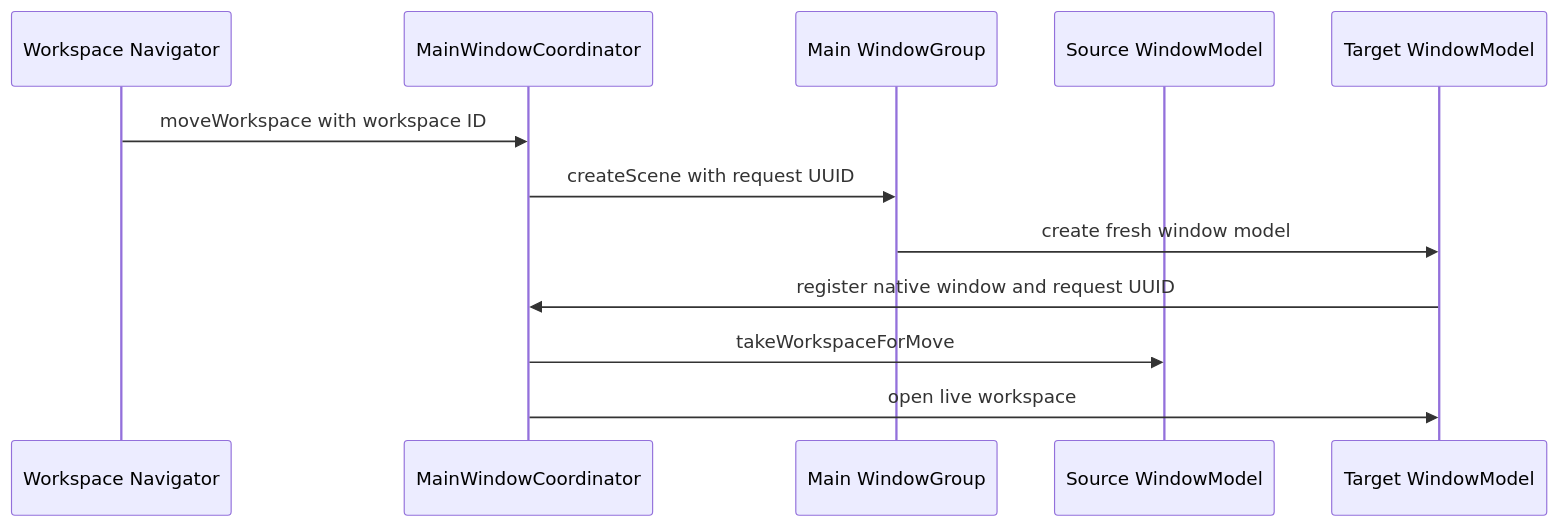
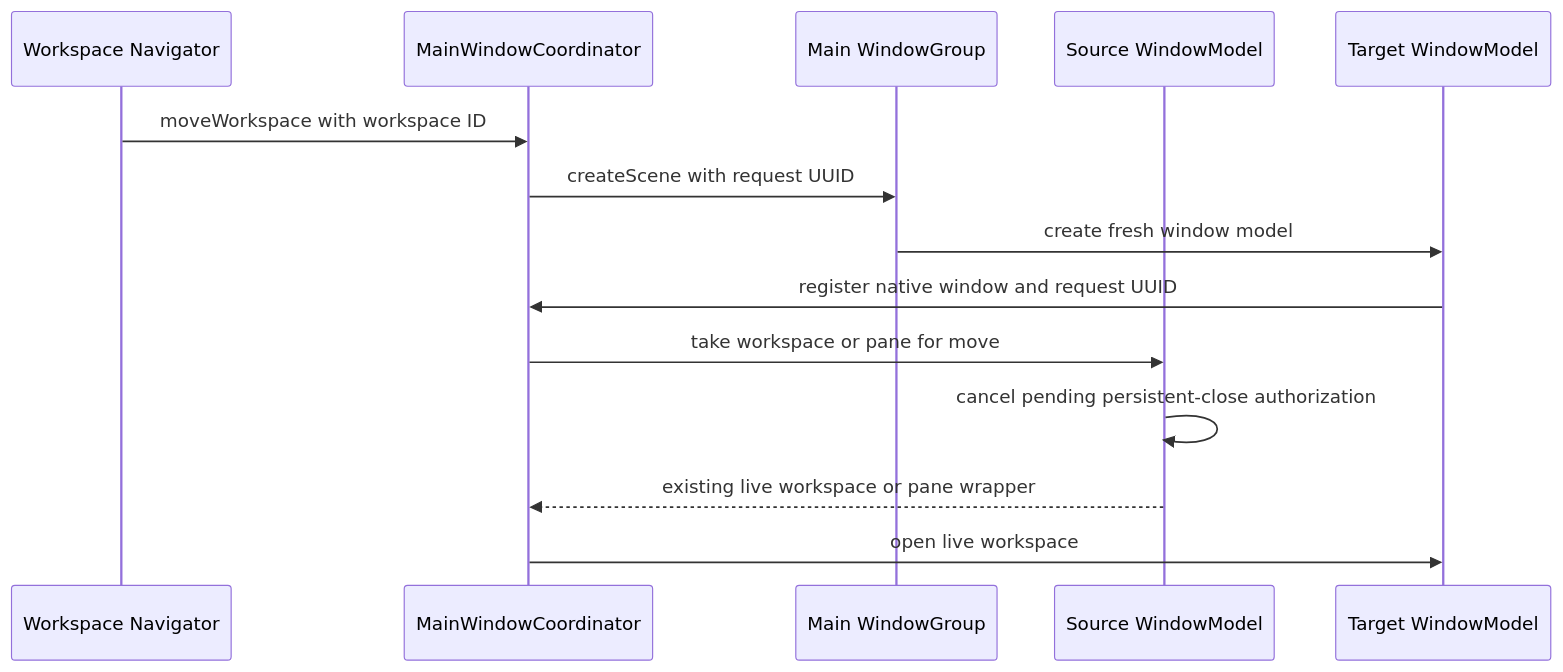
One commit to AkinoKaede/Termind changed the second of 7 diagrams in openwiki/architecture/desktop-ui.md. Above: the diagram before and after it, drawn with Mermaid. The commit also changed other lines of this file and 65 other files, not shown here.

````diff
--- a/openwiki/architecture/desktop-ui.md
+++ b/openwiki/architecture/desktop-ui.md
@@ -134,14 +138,16 @@
 ```mermaid
 sequenceDiagram
     participant Navigator as Workspace Navigator
     participant Coordinator as MainWindowCoordinator
     participant Scene as Main WindowGroup
     participant Source as Source WindowModel
     participant Target as Target WindowModel
     Navigator->>Coordinator: moveWorkspace with workspace ID
     Coordinator->>Scene: createScene with request UUID
     Scene->>Target: create fresh window model
     Target->>Coordinator: register native window and request UUID
-    Coordinator->>Source: takeWorkspaceForMove
+    Coordinator->>Source: take workspace or pane for move
+    Source->>Source: cancel pending persistent-close authorization
+    Source-->>Coordinator: existing live workspace or pane wrapper
     Coordinator->>Target: open live workspace
 ```
````
